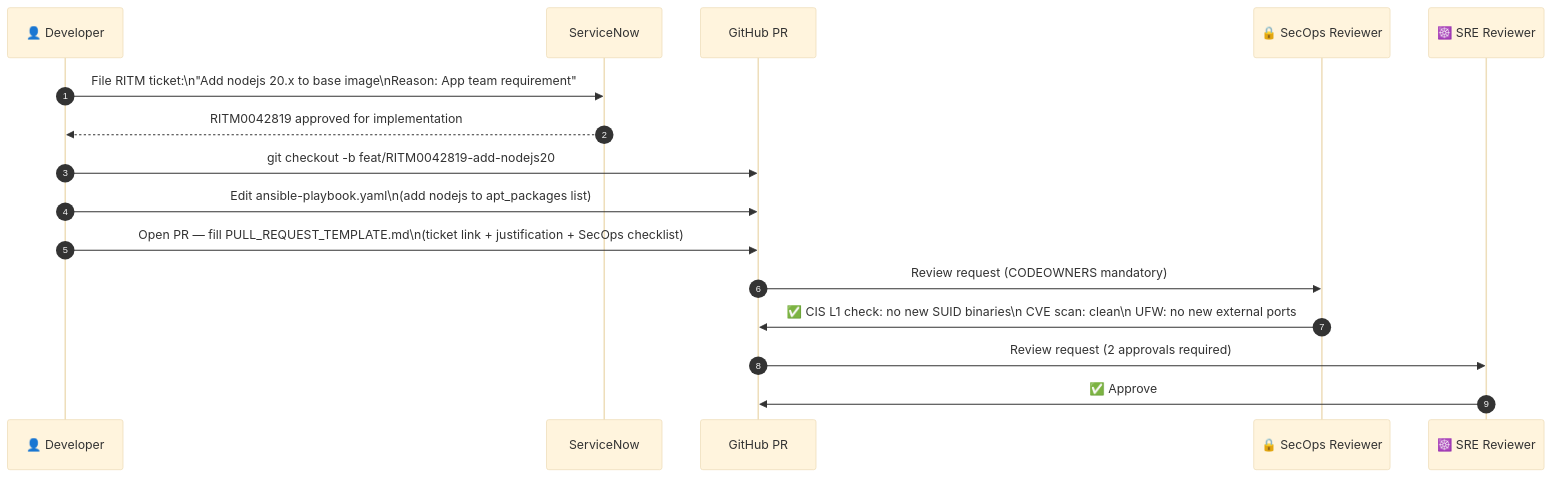
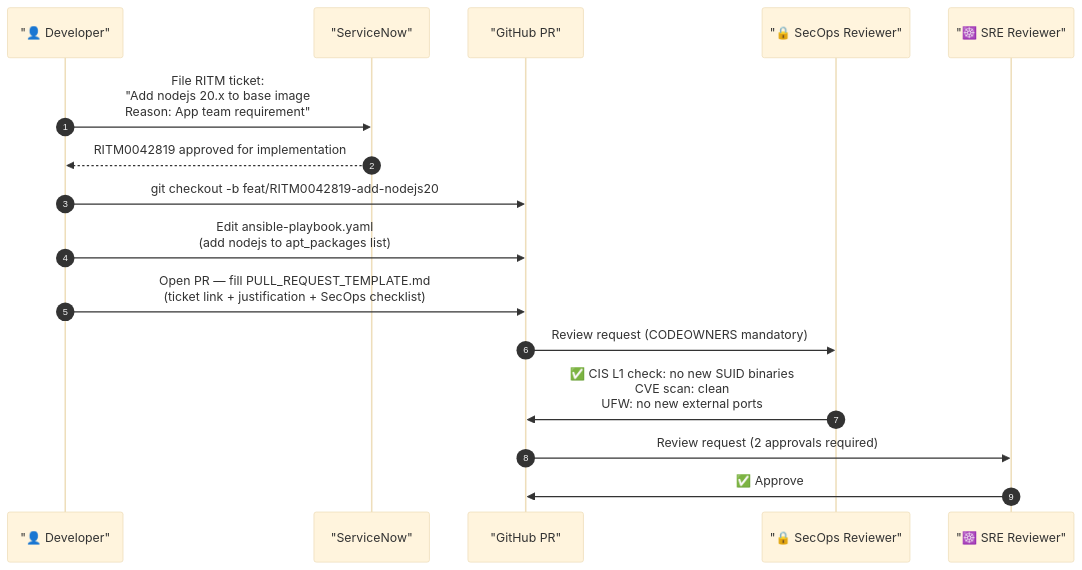
Diagram 14 of 16 in mkdocs-devops-platform/docs/architecture-diagrams.md (AravindKumarjoshi/devops-platform), drawn with Mermaid (base theme) before and after one commit. The commit also changed other lines of this file and 1 other file, not shown here.

Commit message:
fix: mermaid syntax errors (replace \n with <br> and quote aliases)

````diff
--- a/mkdocs-devops-platform/docs/architecture-diagrams.md
+++ b/mkdocs-devops-platform/docs/architecture-diagrams.md
@@ -399,19 +399,19 @@
     ```mermaid
     sequenceDiagram
         autonumber
-        participant DEV as 👤 Developer
-        participant SNOW as ServiceNow
-        participant GH as GitHub PR
-        participant SECOPS as 🔒 SecOps Reviewer
-        participant SRE as ☸️ SRE Reviewer
+        participant DEV as "👤 Developer"
+        participant SNOW as "ServiceNow"
+        participant GH as "GitHub PR"
+        participant SECOPS as "🔒 SecOps Reviewer"
+        participant SRE as "☸️ SRE Reviewer"
 
-        DEV->>SNOW: File RITM ticket:\n"Add nodejs 20.x to base image\nReason: App team requirement"
+        DEV->>SNOW: File RITM ticket:<br>"Add nodejs 20.x to base image<br>Reason: App team requirement"
         SNOW-->>DEV: RITM0042819 approved for implementation
         DEV->>GH: git checkout -b feat/RITM0042819-add-nodejs20
-        DEV->>GH: Edit ansible-playbook.yaml\n(add nodejs to apt_packages list)
-        DEV->>GH: Open PR — fill PULL_REQUEST_TEMPLATE.md\n(ticket link + justification + SecOps checklist)
+        DEV->>GH: Edit ansible-playbook.yaml<br>(add nodejs to apt_packages list)
+        DEV->>GH: Open PR — fill PULL_REQUEST_TEMPLATE.md<br>(ticket link + justification + SecOps checklist)
         GH->>SECOPS: Review request (CODEOWNERS mandatory)
-        SECOPS->>GH: ✅ CIS L1 check: no new SUID binaries\n   CVE scan: clean\n   UFW: no new external ports
+        SECOPS->>GH: ✅ CIS L1 check: no new SUID binaries<br>   CVE scan: clean<br>   UFW: no new external ports
         GH->>SRE: Review request (2 approvals required)
         SRE->>GH: ✅ Approve
     ```
````
